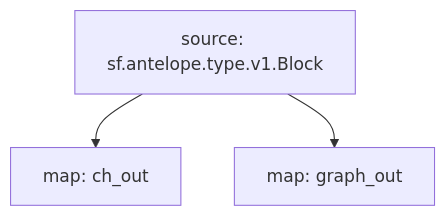
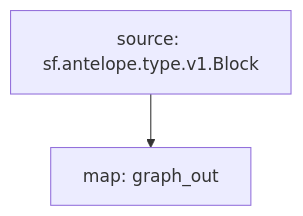
Before and after one commit to pinax-network/substreams-raw-blocks: the diagram in README.md, drawn with Mermaid. The commit also changed other lines of this file and 1 other file, not shown here.

````diff
--- a/README.md
+++ b/README.md
@@ -20,7 +57,5 @@
 ```mermaid
 graph TD;
-  ch_out[map: ch_out];
-  sf.antelope.type.v1.Block[source: sf.antelope.type.v1.Block] --> ch_out;
   graph_out[map: graph_out];
   sf.antelope.type.v1.Block[source: sf.antelope.type.v1.Block] --> graph_out;
 ```
````
